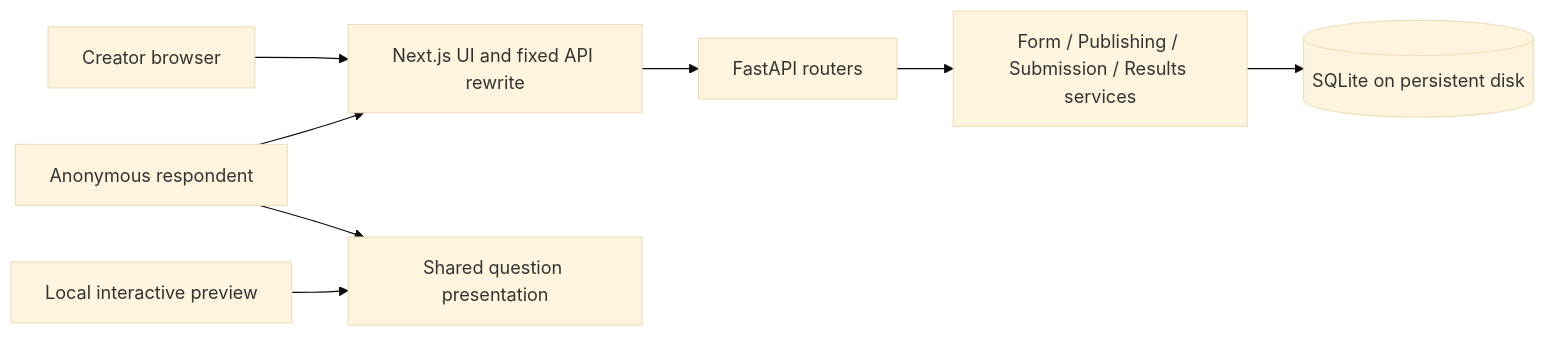
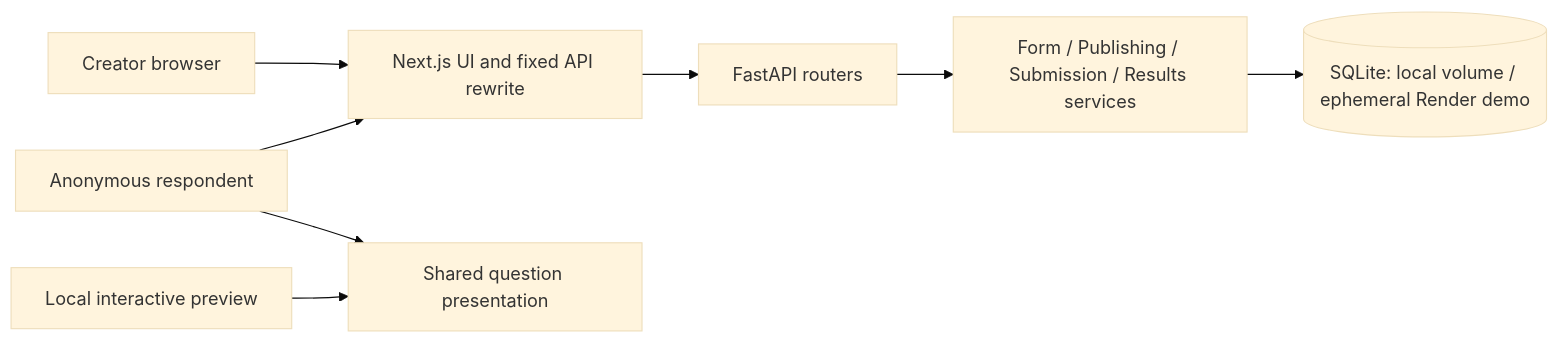
One commit to sakshamverma21/scaler-typeform-clone changed the first of 2 diagrams in ARCHITECTURE.md. Above: the diagram before and after it, drawn with Mermaid (base theme). The commit also changed other lines of this file and 10 other files, not shown here.

Commit message:
Configure Render Free demo hosting and reference capture handoff

````diff
--- a/ARCHITECTURE.md
+++ b/ARCHITECTURE.md
@@ -36,10 +36,10 @@
 ```mermaid
 flowchart LR
   Creator[Creator browser] --> Next[Next.js UI and fixed API rewrite]
   Respondent[Anonymous respondent] --> Next
   Next --> API[FastAPI routers]
   API --> Services[Form / Publishing / Submission / Results services]
-  Services --> DB[(SQLite on persistent disk)]
+  Services --> DB[(SQLite: local volume / ephemeral Render demo)]
   Preview[Local interactive preview] --> Renderer[Shared question presentation]
   Respondent --> Renderer
 ```
````
